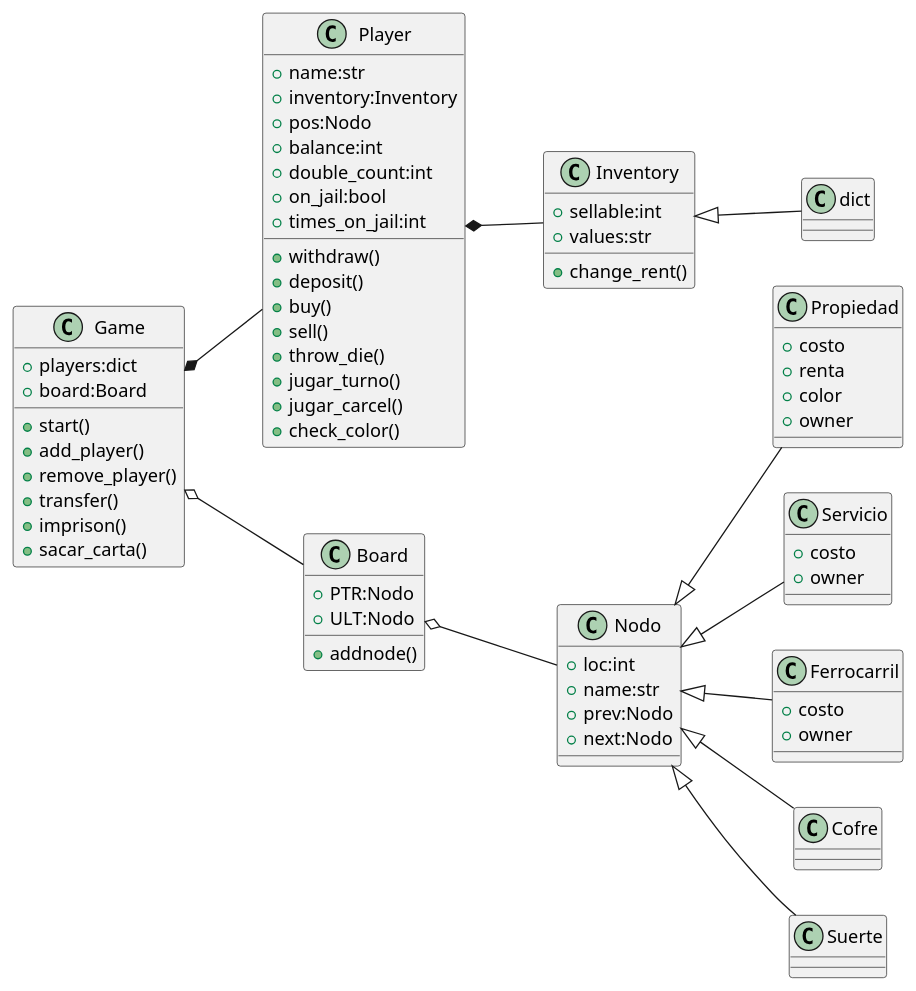
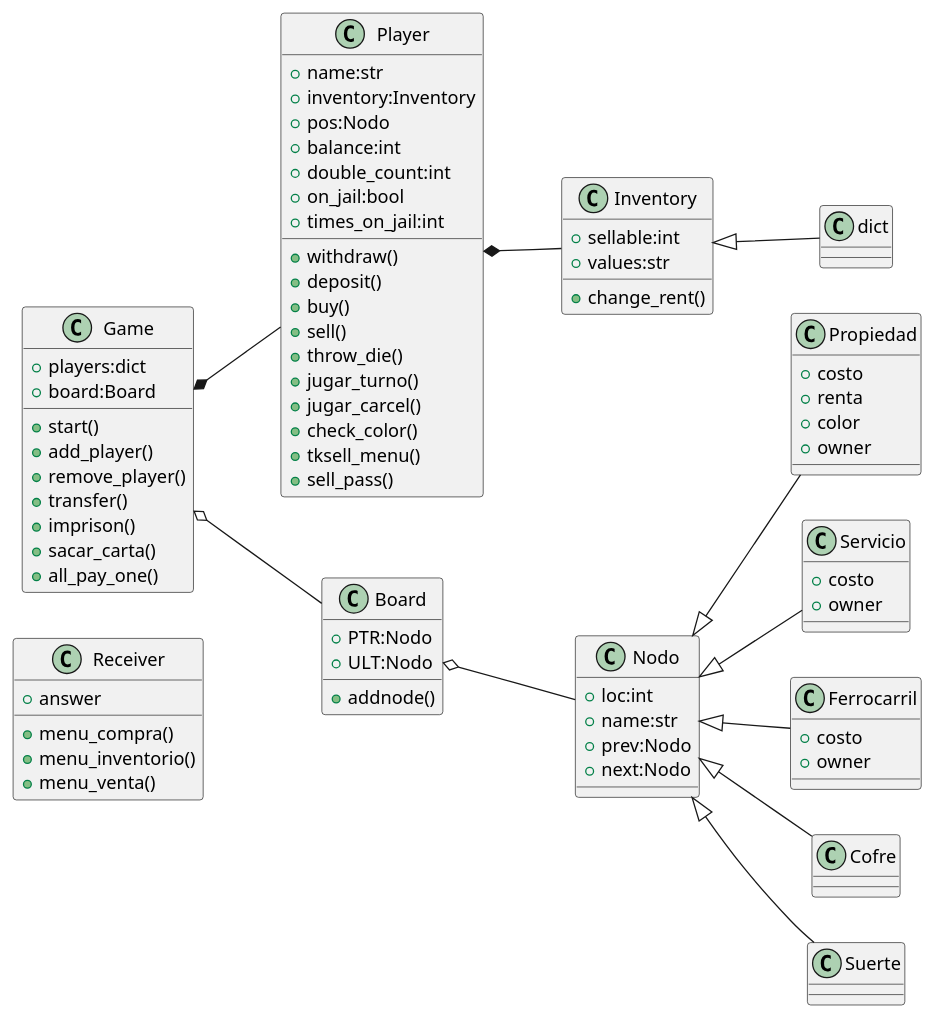
The diagram in UML.puml (davidmosquera03/EDD_Lab03), drawn with PlantUML before and after one commit. The commit also changed 7 other files, not shown here.

Commit message:
UML and fixes

```diff
--- a/UML.puml
+++ b/UML.puml
@@ -1,75 +1,85 @@
 @startuml
+class Receiver{
++answer
++menu_compra()
++menu_inventorio()
++menu_venta()
+}
+
 left to right direction
 class Inventory{
 +sellable:int
 +values:str
 +change_rent()
 }
 
 class Player{
 +name:str
 +inventory:Inventory
 +pos:Nodo
 +balance:int
 +double_count:int
 +on_jail:bool
 +times_on_jail:int
 +withdraw()
 +deposit()
 +buy()
 +sell()
 +throw_die()
 +jugar_turno()
 +jugar_carcel()
 +check_color()
++tksell_menu()
++sell_pass()
 }
 class dict{
 }
 class Game{
 +players:dict
 +board:Board
 +start()
 +add_player()
 +remove_player()
 +transfer()
 +imprison()
 +sacar_carta()
++all_pay_one()
 }
 
 class Board{
 +PTR:Nodo
 +ULT:Nodo
 +addnode()
 }
 
 class Nodo{
 +loc:int
 +name:str
 +prev:Nodo
 +next:Nodo
 }
 class Propiedad{
 +costo
 +renta
 +color
 +owner
 }
 class Servicio{
 +costo
 +owner
 }
 class Ferrocarril{
 +costo
 +owner
 }
 Player*--Inventory
 Game *--Player
 Game o-- Board
 Board o-- Nodo
 Inventory <|-- dict
 Nodo <|-- Propiedad
 Nodo <|-- Ferrocarril
 Nodo <|-- Servicio
 Nodo <|-- Cofre
 Nodo <|-- Suerte
 @enduml
```
